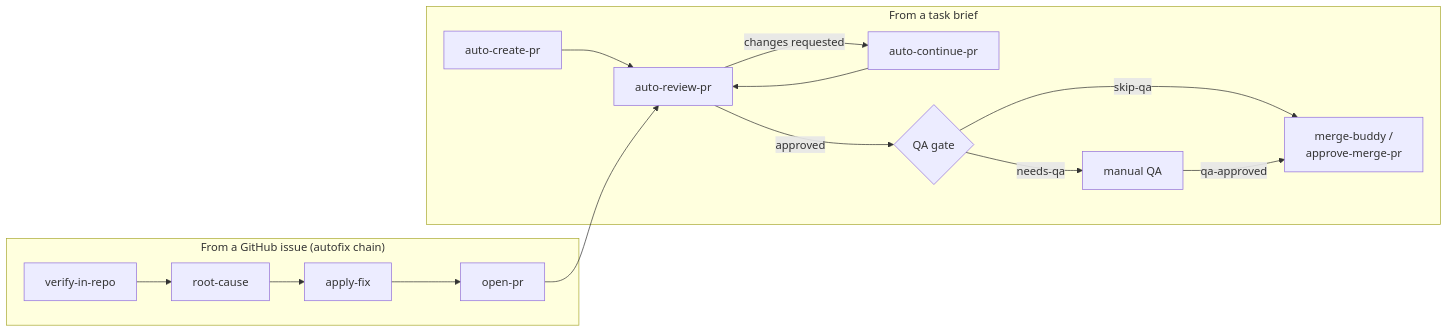
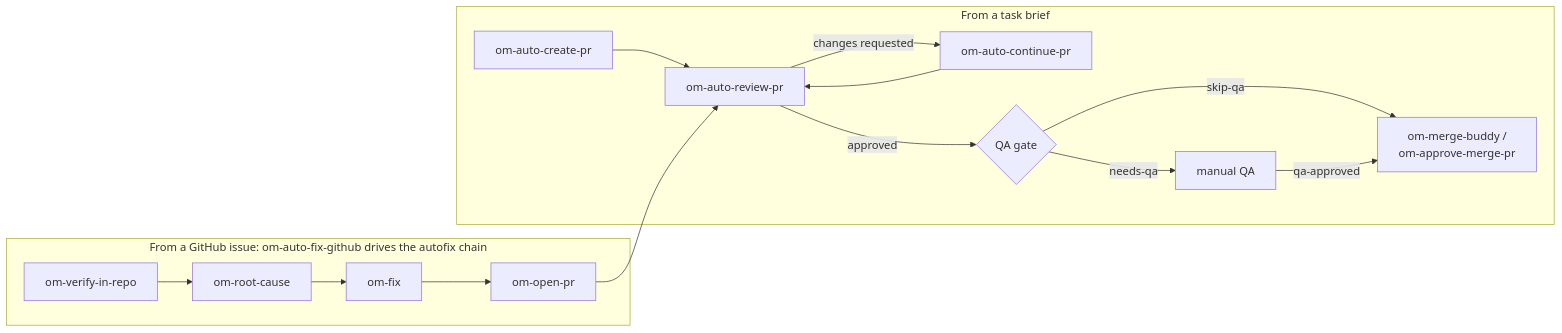
Before and after one commit to open-mercato/skills: the diagram in README.md, drawn with Mermaid. The commit also changed other lines of this file and 36 other files, not shown here.

First line of the commit message:
feat: om-* naming, om-auto-fix-github orchestrator, repo-local .ai/skills overrides

````diff
--- a/README.md
+++ b/README.md
@@ -71,18 +71,18 @@
 ```mermaid
 flowchart LR
     subgraph brief ["From a task brief"]
-        createPR["auto-create-pr"] --> reviewPR["auto-review-pr"]
-        reviewPR -- "changes requested" --> continuePR["auto-continue-pr"]
+        createPR["om-auto-create-pr"] --> reviewPR["om-auto-review-pr"]
+        reviewPR -- "changes requested" --> continuePR["om-auto-continue-pr"]
         continuePR --> reviewPR
         reviewPR -- "approved" --> qaGate{"QA gate"}
-        qaGate -- "skip-qa" --> mergePR["merge-buddy /<br/>approve-merge-pr"]
+        qaGate -- "skip-qa" --> mergePR["om-merge-buddy /<br/>om-approve-merge-pr"]
         qaGate -- "needs-qa" --> manualQA["manual QA"]
         manualQA -- "qa-approved" --> mergePR
     end
-    subgraph issue ["From a GitHub issue (autofix chain)"]
-        verifyStep["verify-in-repo"] --> rootCause["root-cause"]
-        rootCause --> applyFix["apply-fix"]
-        applyFix --> openPR["open-pr"]
+    subgraph issue ["From a GitHub issue: om-auto-fix-github drives the autofix chain"]
+        verifyStep["om-verify-in-repo"] --> rootCause["om-root-cause"]
+        rootCause --> applyFix["om-fix"]
+        applyFix --> openPR["om-open-pr"]
     end
     openPR --> reviewPR
 ```
````
